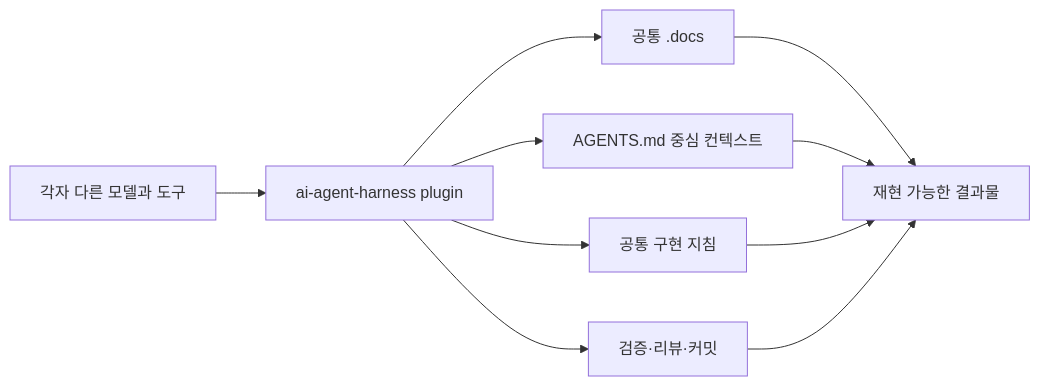
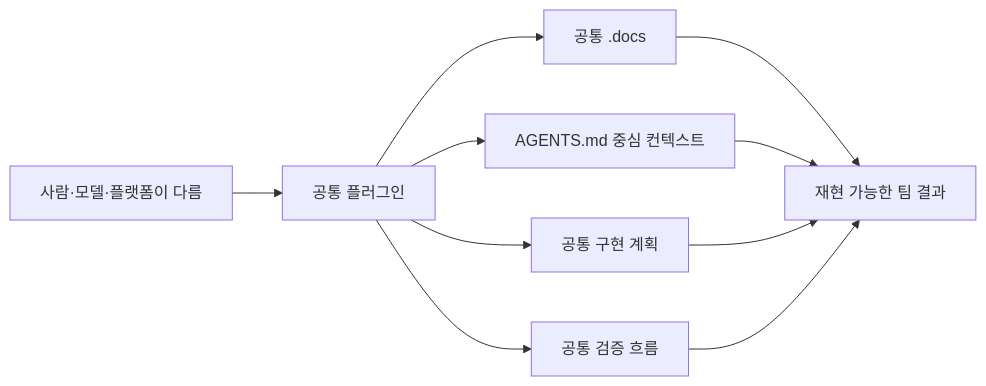
Before and after one commit to hb9397/ai-agent-harness-docs: the third of 5 diagrams in Docs/Harness_Engineering_Intro.md, drawn with Mermaid. The commit also changed other lines of this file and 2 other files, not shown here.

Commit message:
docs(harness): 사용자·관리자 하네스 운영 흐름 복원

````diff
--- a/Docs/Harness_Engineering_Intro.md
+++ b/Docs/Harness_Engineering_Intro.md
@@ -109,12 +106,12 @@
 ```mermaid
 flowchart LR
-    A["각자 다른 모델과 도구"] --> B["ai-agent-harness plugin"]
+    A["사람·모델·플랫폼이 다름"] --> B["공통 플러그인"]
     B --> C["공통 .docs"]
     B --> D["AGENTS.md 중심 컨텍스트"]
-    B --> E["공통 구현 지침"]
-    B --> F["검증·리뷰·커밋"]
-    C --> G["재현 가능한 결과물"]
+    B --> E["공통 구현 계획"]
+    B --> F["공통 검증 흐름"]
+    C --> G["재현 가능한 팀 결과"]
     D --> G
     E --> G
     F --> G
 ```
````
